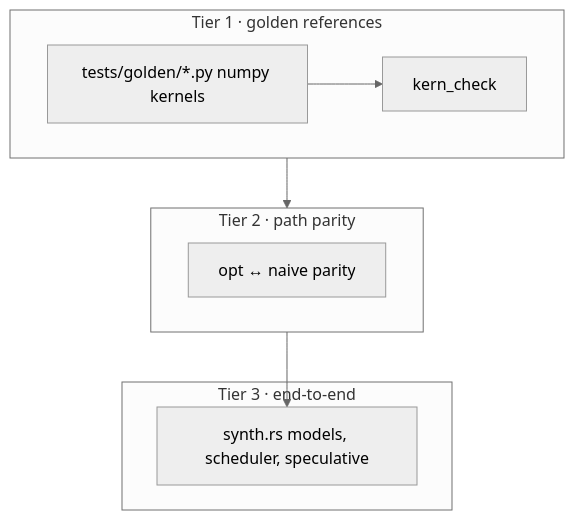
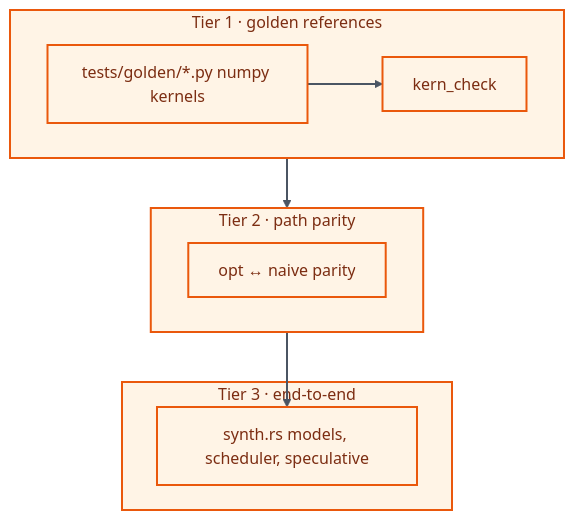
Before and after one commit to Shindevrp/qwen3-5-397b-in-rust: the seventh of 7 diagrams in README.md, drawn with Mermaid (neutral theme). The commit also changed other lines of this file, not shown here.

Commit message:
docs: unify Mermaid diagram styling for consistency
- Add default dark-gray linkStyle stroke:#4b5563 stroke-width:2px to all flowchart diagrams
- Color Validation pyramid with model palette for uniform appearance
- Ensure all diagrams use same 2px stroke, pastel fills, high-contrast text
- Keep residual links slightly thicker in hybrid attention diagram

````diff
--- a/README.md
+++ b/README.md
@@ -323,15 +327,20 @@
 ```mermaid
 flowchart TB
     subgraph T1["Tier 1 · golden references"]
         PY["tests/golden/*.py numpy kernels"]
         KC["kern_check"]
         PY --> KC
     end
     subgraph T2["Tier 2 · path parity"]
         CV["opt ↔ naive parity"]
     end
     subgraph T3["Tier 3 · end-to-end"]
         E2E["synth.rs models, scheduler, speculative"]
     end
     T1 --> T2 --> E2E
+
+    classDef model fill:#FFF4E6,stroke:#EA580C,stroke-width:2px,color:#7C2D12;
+    classDef shared fill:#F5F5F5,stroke:#737373,stroke-width:2px,color:#262626;
+    class T1,T2,T3,PY,KC,CV,E2E model;
+    linkStyle default stroke:#4b5563,stroke-width:2px;
 ```
````
